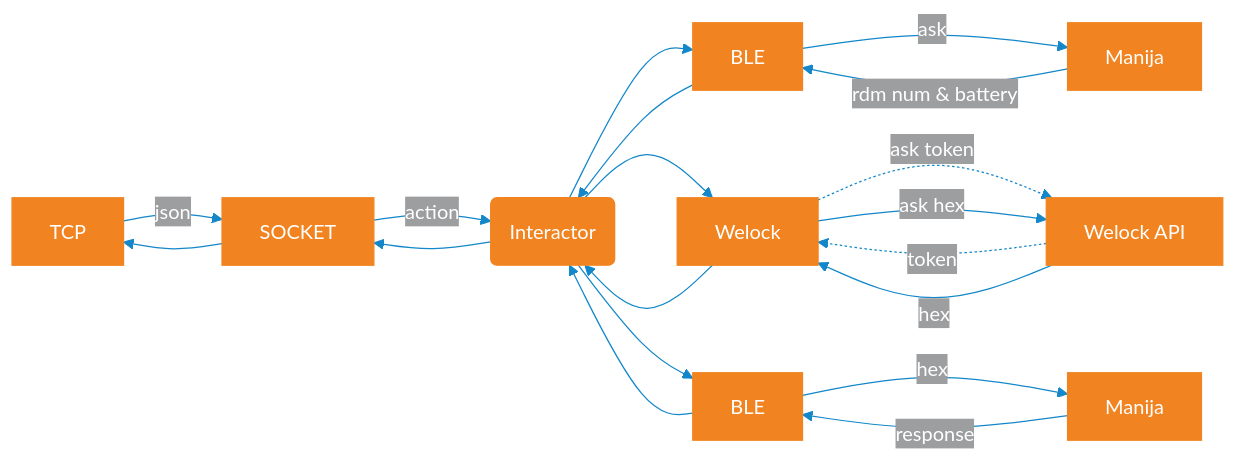
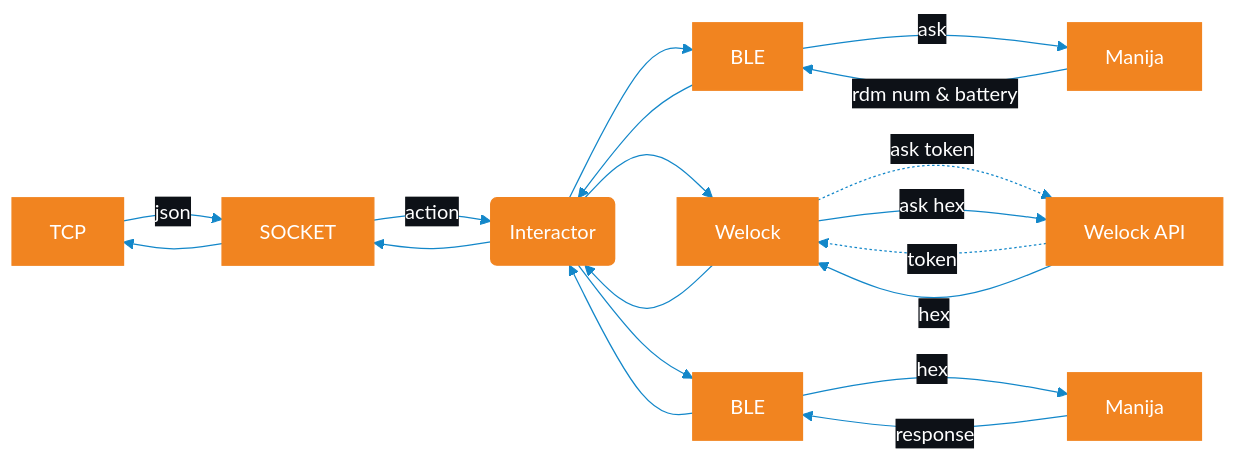
Before and after one commit to ATICMCH/BleKotlin: the diagram in README.md, drawn with Mermaid.

````diff
--- a/README.md
+++ b/README.md
@@ -107,45 +107,45 @@
 ```mermaid
 
 %%{
   init: {
     "theme": "base",
     "themeVariables": {
       "primaryColor": "#f18420",
       "primaryTextColor": "#fff",
       "primaryBorderColor": "#f18420",
       "lineColor": "#1387c9",
-      "secondaryColor": "#9d9ea0",
+      "secondaryColor": "#0d1117",
       "tertiaryColor": "#fff"
     }
 }
 }%%
 
 graph LR
 TCP -->|json| A
 A[SOCKET] -->|action|B(Interactor)
 
 B -->BLE[BLE]
 BLE--> B
 
 B -->E[Welock]
 E-->B
 
 B -->F[BLE]
 F -->B
 
 BLE --> |ask| MANIJA[Manija]
 MANIJA -->|rdm num & battery| BLE
 
 
 H -.->|token| E
 E -.->|ask token| H[Welock API]
 
 E --> |ask hex|H[Welock API]
 H -->|hex| E
 
 F --> |hex| I[Manija]
 I --> |response|F
 
 B -->
 A --> TCP
 ```
````
